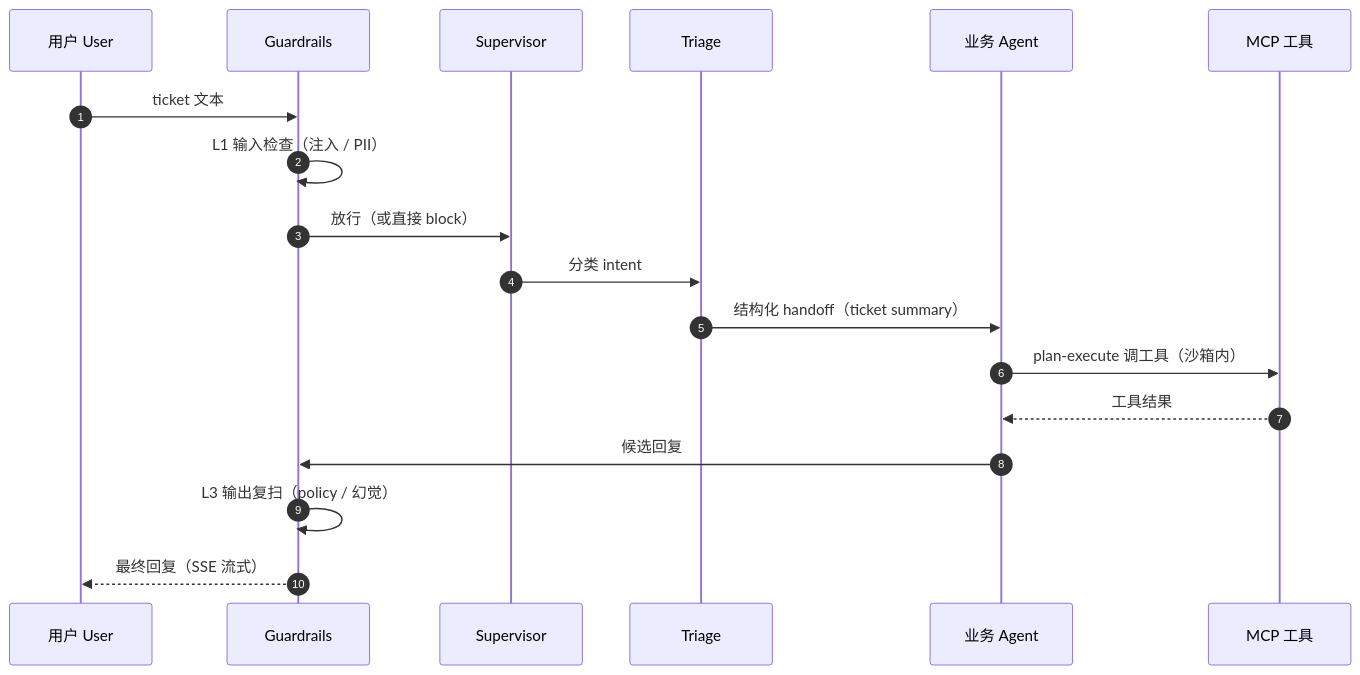
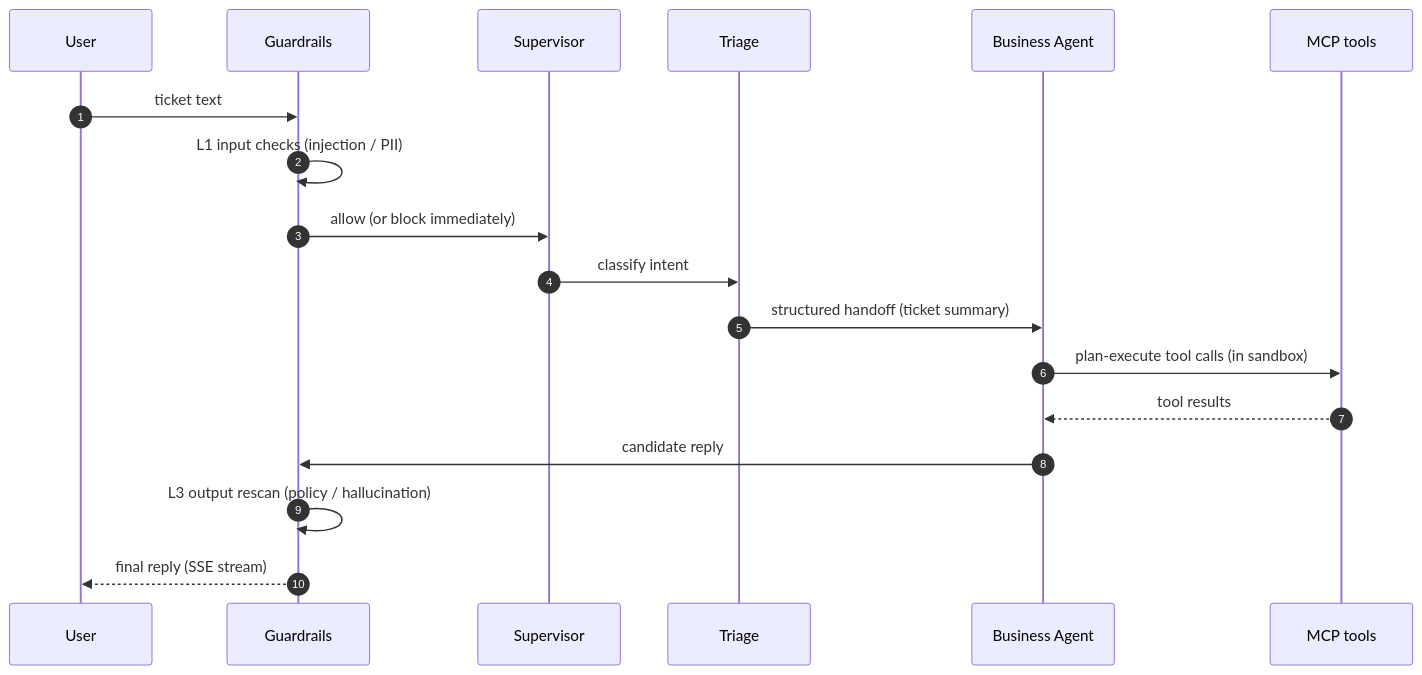
One commit to AndyUneducated/resolve-ai changed the third of 6 diagrams in README.md. Above: the diagram before and after it, drawn with Mermaid. The commit also changed other lines of this file and 79 other files, not shown here.

````diff
--- a/README.md
+++ b/README.md
@@ -106,20 +106,20 @@
 ```mermaid
 sequenceDiagram
   autonumber
-  participant U as 用户 User
+  participant U as User
   participant G as Guardrails
   participant S as Supervisor
   participant T as Triage
-  participant A as 业务 Agent
-  participant M as MCP 工具
-  U->>G: ticket 文本
-  G->>G: L1 输入检查（注入 / PII）
-  G->>S: 放行（或直接 block）
-  S->>T: 分类 intent
-  T->>A: 结构化 handoff（ticket summary）
-  A->>M: plan-execute 调工具（沙箱内）
-  M-->>A: 工具结果
-  A->>G: 候选回复
-  G->>G: L3 输出复扫（policy / 幻觉）
-  G-->>U: 最终回复（SSE 流式）
+  participant A as Business Agent
+  participant M as MCP tools
+  U->>G: ticket text
+  G->>G: L1 input checks (injection / PII)
+  G->>S: allow (or block immediately)
+  S->>T: classify intent
+  T->>A: structured handoff (ticket summary)
+  A->>M: plan-execute tool calls (in sandbox)
+  M-->>A: tool results
+  A->>G: candidate reply
+  G->>G: L3 output rescan (policy / hallucination)
+  G-->>U: final reply (SSE stream)
 ```
````
